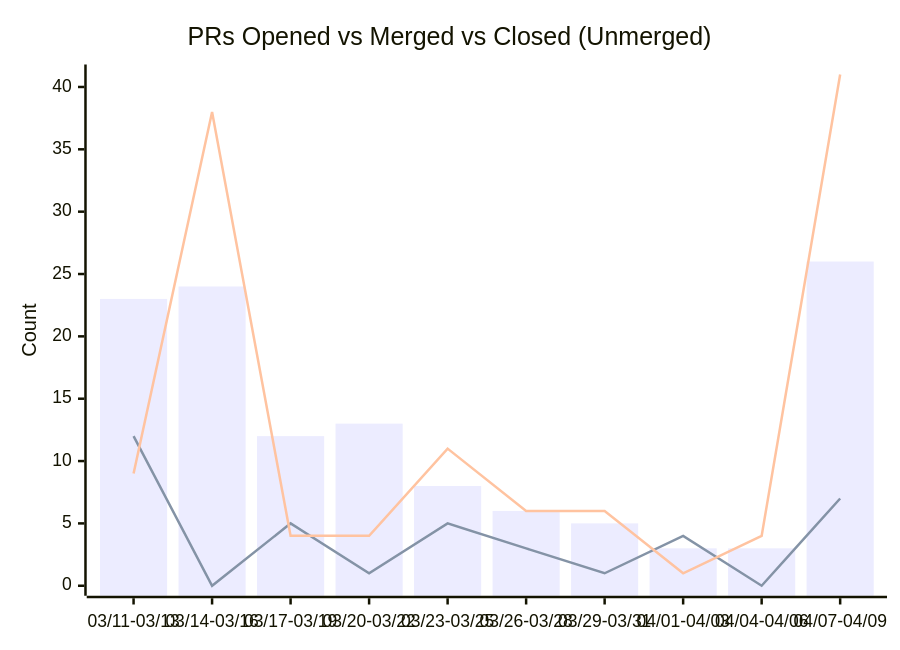
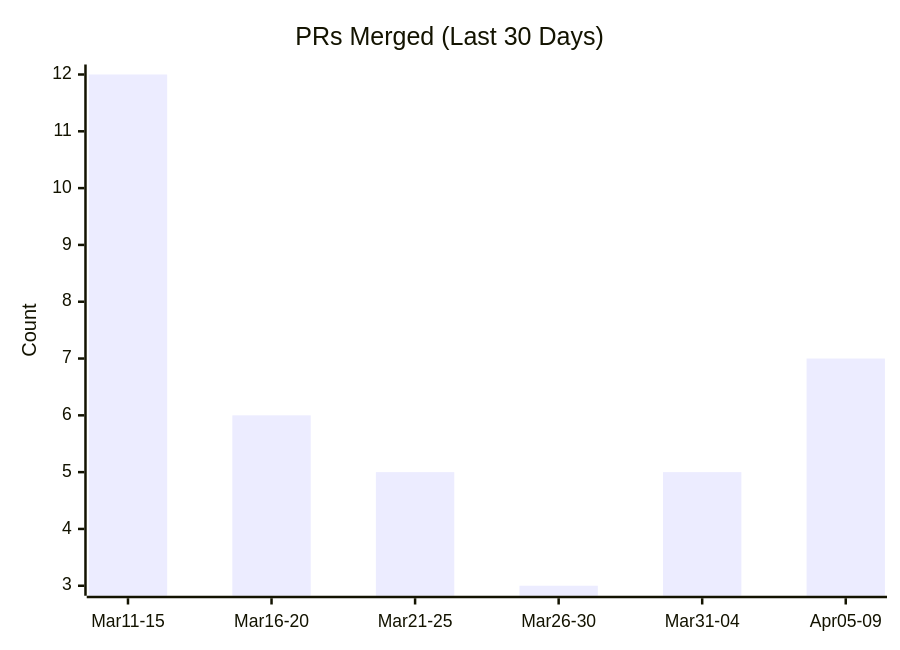
One commit to cocosheng-g/gemini-cli changed the second of 6 diagrams in triage/CONTRIBUTION_METRICS.md. Above: the diagram before and after it, drawn with Mermaid. The commit also changed other lines of this file, not shown here.

````diff
--- a/triage/CONTRIBUTION_METRICS.md
+++ b/triage/CONTRIBUTION_METRICS.md
@@ -11,9 +22,7 @@
 ```mermaid
 xychart-beta
-    title "PRs Opened vs Merged vs Closed (Unmerged)"
-    x-axis ["03/11-03/13", "03/14-03/16", "03/17-03/19", "03/20-03/22", "03/23-03/25", "03/26-03/28", "03/29-03/31", "04/01-04/03", "04/04-04/06", "04/07-04/09"]
+    title "PRs Merged (Last 30 Days)"
+    x-axis ["Mar11-15", "Mar16-20", "Mar21-25", "Mar26-30", "Mar31-04", "Apr05-09"]
     y-axis "Count"
-    bar [23, 24, 12, 13, 8, 6, 5, 3, 3, 26]
-    line [12, 0, 5, 1, 5, 3, 1, 4, 0, 7]
-    line [9, 38, 4, 4, 11, 6, 6, 1, 4, 41]
+    bar [12, 6, 5, 3, 5, 7]
 ```
````
